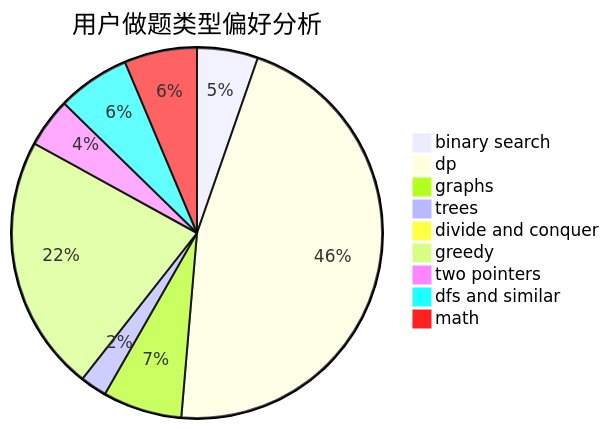
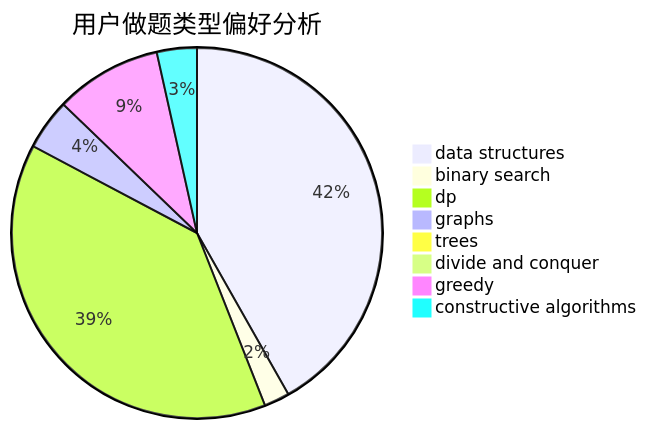
The second of 3 diagrams in docs/user/u745.md (sherpahu/cfrs.github.io), drawn with Mermaid before and after one commit. The commit also changed other lines of this file and 2775 other files, not shown here.

````diff
--- a/docs/user/u745.md
+++ b/docs/user/u745.md
@@ -23,12 +23,11 @@
 ```mermaid
 pie title 用户做题类型偏好分析
-    "binary search" :  57
-    "dp" :  493
-    "graphs" :  74
-    "trees" :  25
+    "data structures" :  395
+    "binary search" :  21
+    "dp" :  366
+    "graphs" :  42
+    "trees" :  3
     "divide and conquer" :  0
-    "greedy" :  240
-    "two pointers" :  46
-    "dfs and similar" :  68
-    "math" :  68
+    "greedy" :  88
+    "constructive algorithms" :  33
 ```
````
